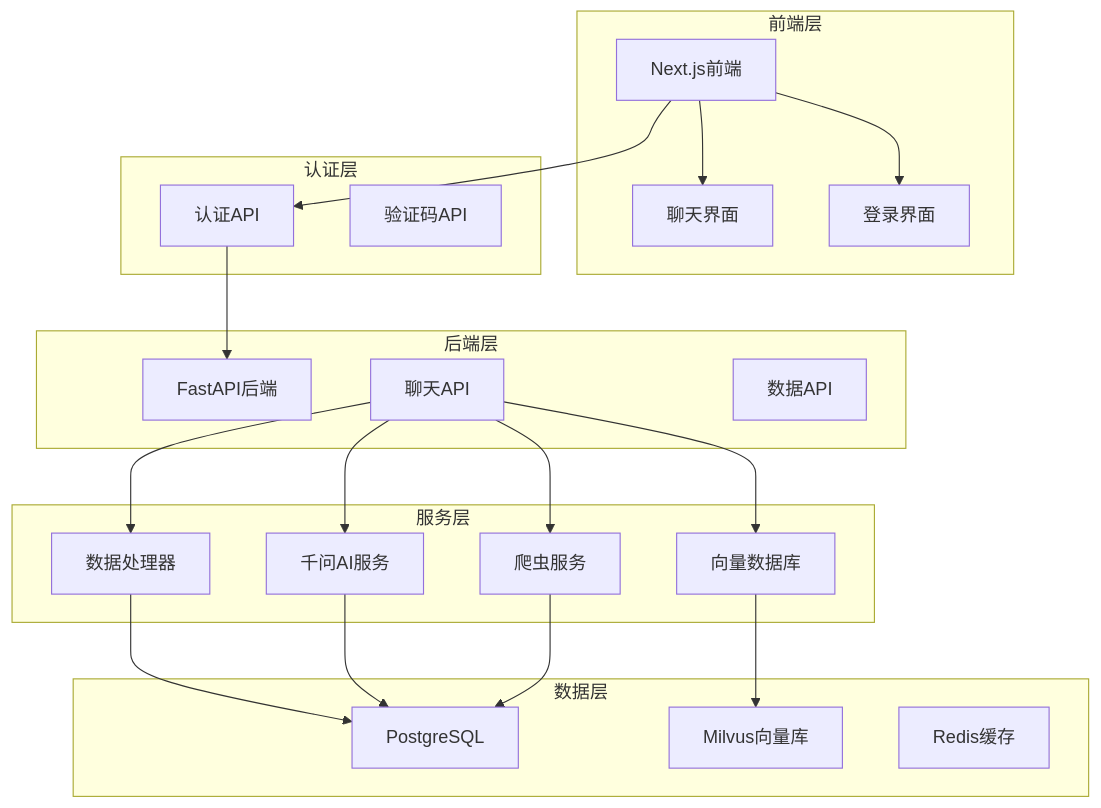
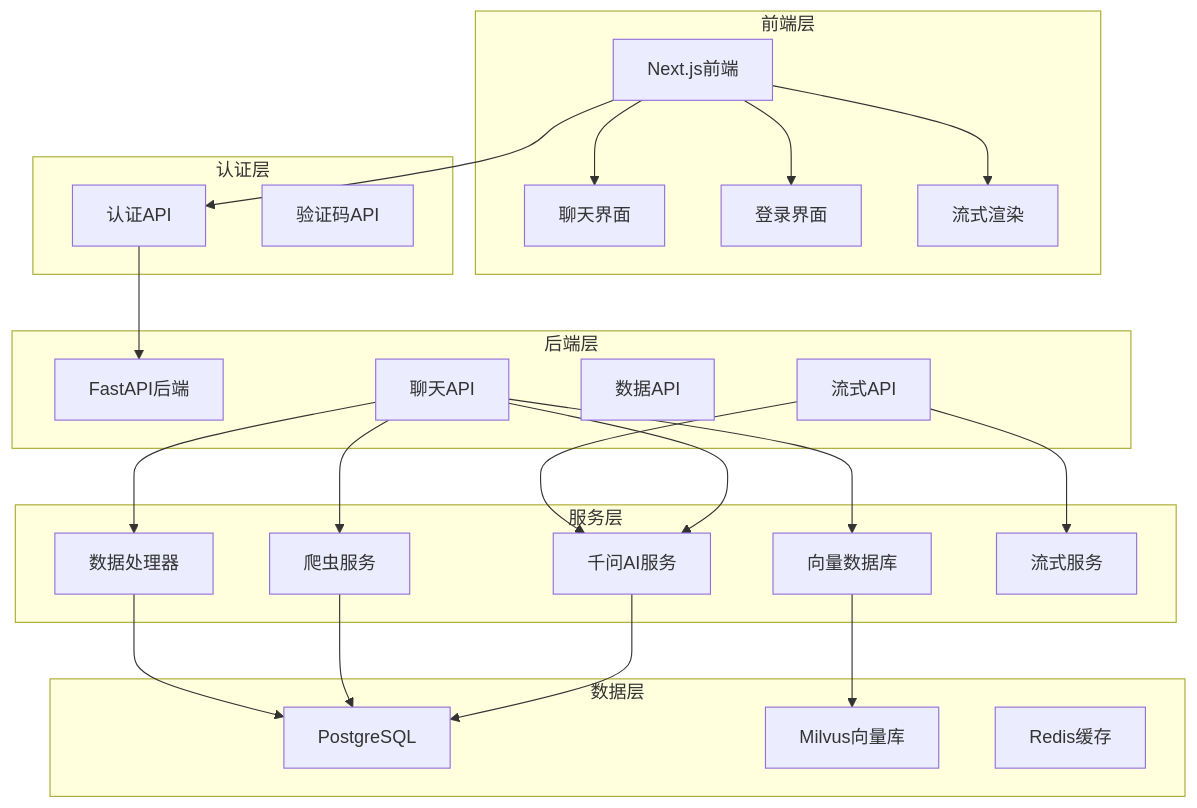
The first of 8 diagrams in .qoder/repowiki/zh/content/后端API文档/聊天API增强.md (ghbbn053-ship-itsoulddog/soulddog), drawn with Mermaid before and after one commit. The commit also changed other lines of this file and 13 other files, not shown here.

````diff
--- a/.qoder/repowiki/zh/content/后端API文档/聊天API增强.md
+++ b/.qoder/repowiki/zh/content/后端API文档/聊天API增强.md
@@ -58,40 +61,46 @@
 ```mermaid
 graph TB
 subgraph "前端层"
 FE[Next.js前端]
 ChatUI[聊天界面]
 LoginUI[登录界面]
+StreamUI[流式渲染]
 end
 subgraph "认证层"
 AuthAPI[认证API]
 CaptchaAPI[验证码API]
 end
 subgraph "后端层"
 API[FastAPI后端]
 ChatAPI[聊天API]
 DataAPI[数据API]
+StreamAPI[流式API]
 end
 subgraph "服务层"
 Qwen[千问AI服务]
 Vector[向量数据库]
 Scraper[爬虫服务]
 Processor[数据处理器]
+StreamSvc[流式服务]
 end
 subgraph "数据层"
 Postgres[PostgreSQL]
 Milvus[Milvus向量库]
 Redis[Redis缓存]
 end
 FE --> AuthAPI
 FE --> ChatUI
 FE --> LoginUI
+FE --> StreamUI
 AuthAPI --> API
 ChatAPI --> Qwen
 ChatAPI --> Vector
 ChatAPI --> Scraper
 ChatAPI --> Processor
-Processor --> Postgres
-Vector --> Milvus
+StreamAPI --> StreamSvc
+StreamAPI --> Qwen
 Qwen --> Postgres
 Scraper --> Postgres
+Vector --> Milvus
+Processor --> Postgres
 ```
````
